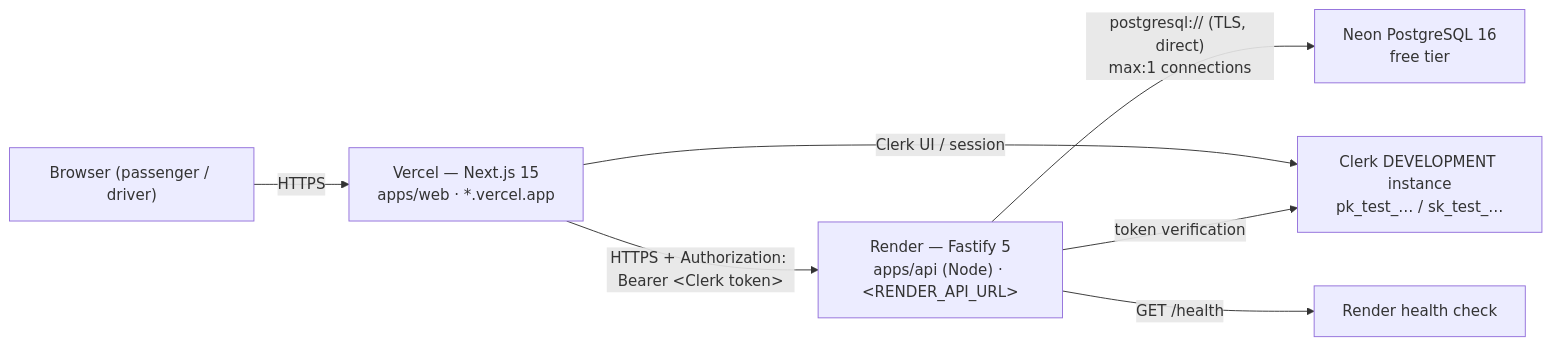
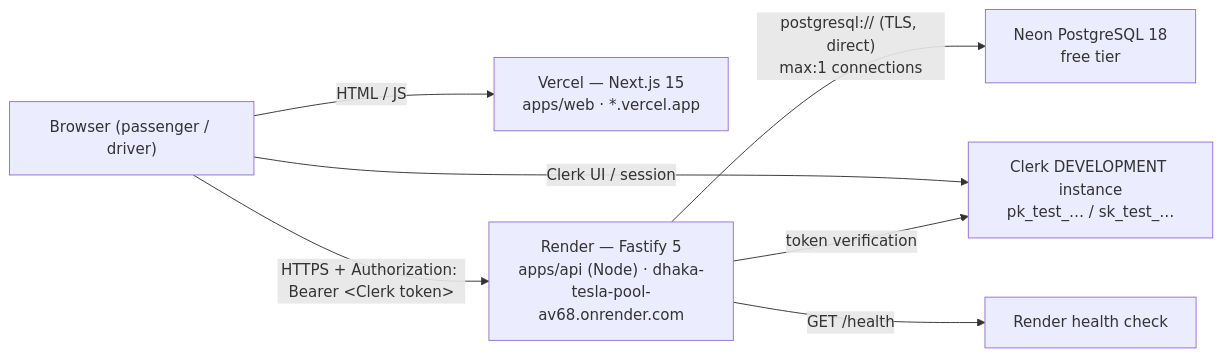
Before and after one commit to TanmoyGG/Dhaka-Tesla-Pool: the diagram in docs/deployment-plan.md, drawn with Mermaid. The commit also changed other lines of this file and 7 other files, not shown here.

````diff
--- a/docs/deployment-plan.md
+++ b/docs/deployment-plan.md
@@ -71,9 +82,9 @@
 ```mermaid
 flowchart LR
-  U["Browser (passenger / driver)"] -->|"HTTPS"| V["Vercel — Next.js 15<br/>apps/web · *.vercel.app"]
-  V -->|"HTTPS + Authorization: Bearer &lt;Clerk token&gt;"| R["Render — Fastify 5<br/>apps/api (Node) · &lt;RENDER_API_URL&gt;"]
-  V -->|"Clerk UI / session"| C["Clerk DEVELOPMENT instance<br/>pk_test_… / sk_test_…"]
-  R -->|"postgresql:// (TLS, direct)<br/>max:1 connections"| N["Neon PostgreSQL 16<br/>free tier"]
+  U["Browser (passenger / driver)"] -->|"HTML / JS"| V["Vercel — Next.js 15<br/>apps/web · *.vercel.app"]
+  U -->|"HTTPS + Authorization: Bearer &lt;Clerk token&gt;"| R["Render — Fastify 5<br/>apps/api (Node) · dhaka-tesla-pool-av68.onrender.com"]
+  U -->|"Clerk UI / session"| C["Clerk DEVELOPMENT instance<br/>pk_test_… / sk_test_…"]
+  R -->|"postgresql:// (TLS, direct)<br/>max:1 connections"| N["Neon PostgreSQL 18<br/>free tier"]
   R -->|"token verification"| C
   R -->|"GET /health"| M["Render health check"]
 ```
````
